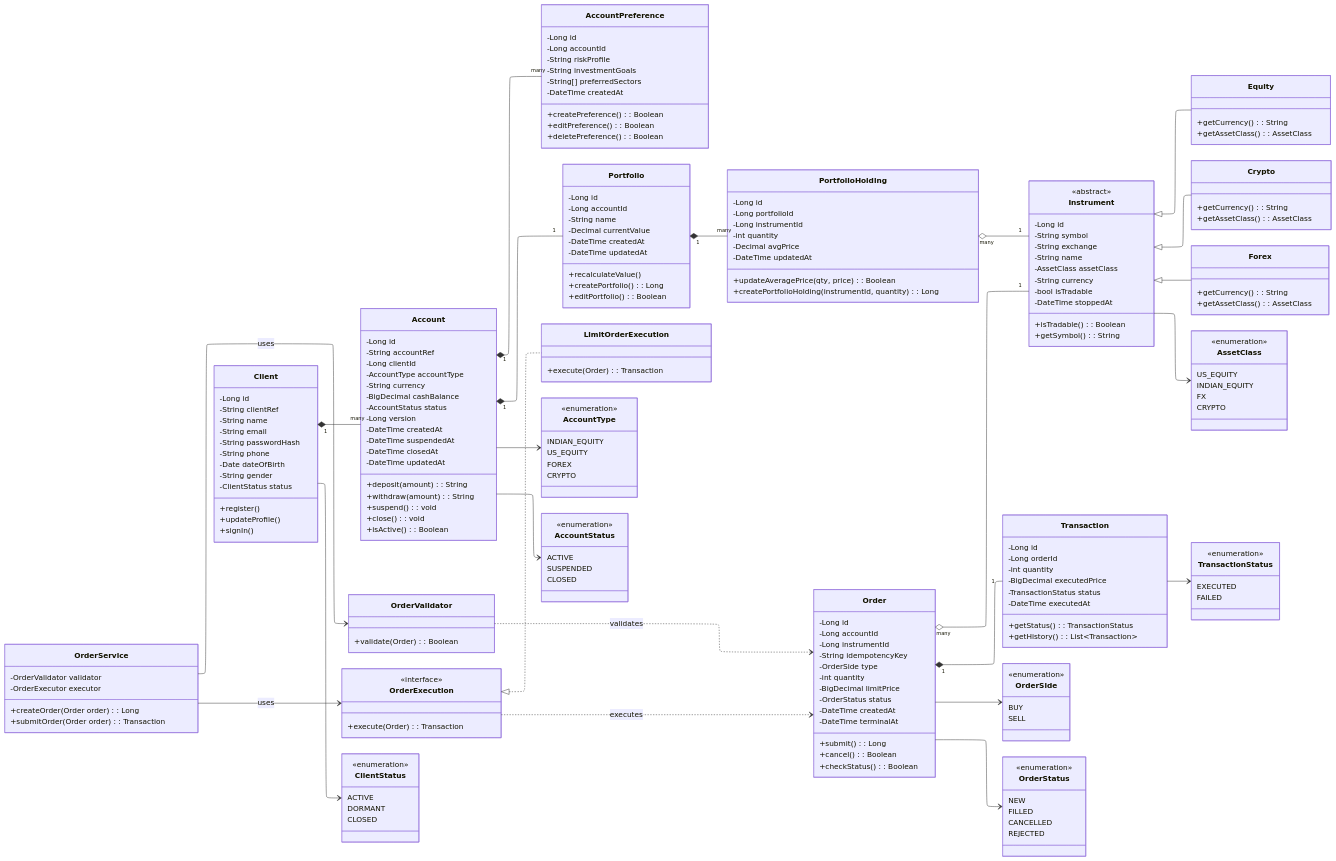
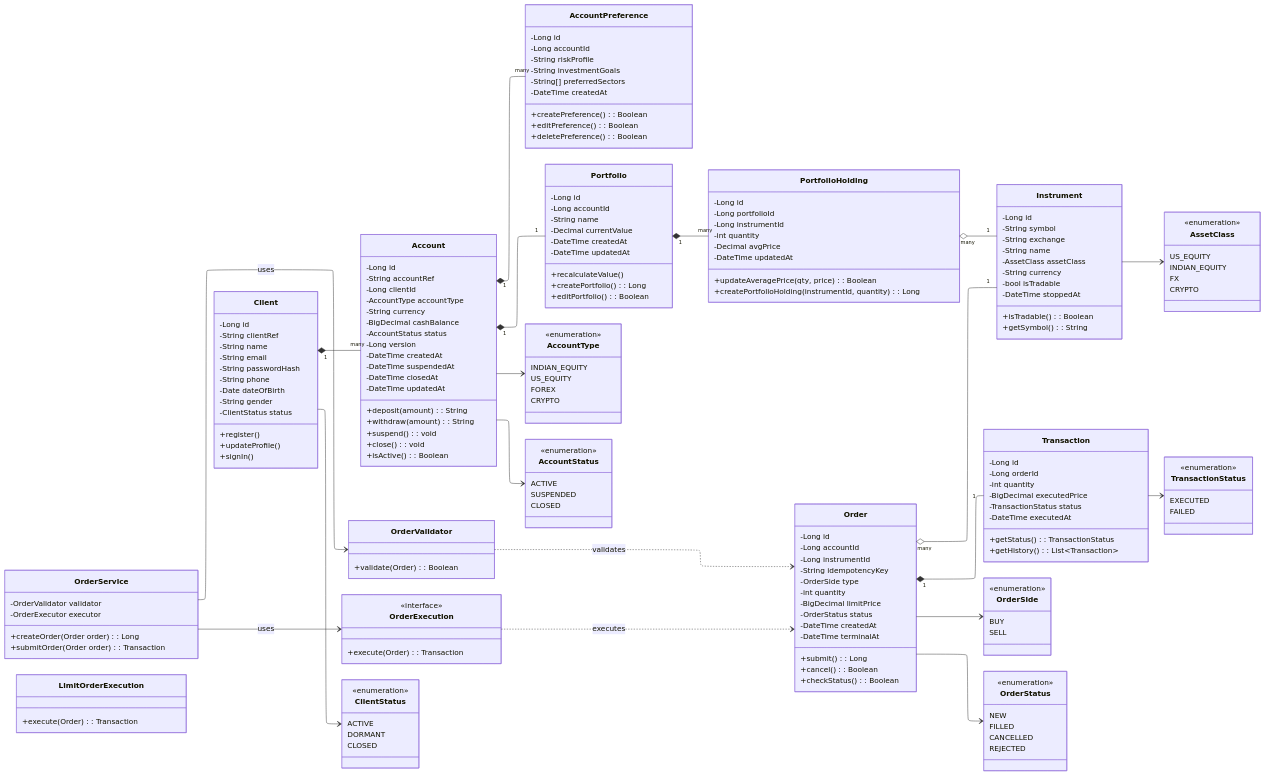
The diagram in backend/design/class_diagram.mmd (IM-RAHUL-RAJ/k8s-solution), drawn with Mermaid before and after one commit.

Commit message:
Updated class diagram to remove abstract classes

```diff
--- a/backend/design/class_diagram.mmd
+++ b/backend/design/class_diagram.mmd
@@ -78,7 +78,6 @@
     }
 
     class Instrument {
-        <<abstract>>
         -Long id
         -String symbol
         -String exchange
@@ -89,21 +88,6 @@
         -DateTime stoppedAt
         +isTradable() : Boolean
         +getSymbol() : String
-    }
-
-    class Equity {
-        +getCurrency() : String
-        +getAssetClass() : AssetClass
-    }
-
-    class Crypto {
-        +getCurrency() : String
-        +getAssetClass() : AssetClass
-    }
-
-    class Forex {
-        +getCurrency() : String
-        +getAssetClass() : AssetClass
     }
 
    class OrderService {
@@ -215,12 +199,6 @@
     %% Relationships
     %% =========================
 
-    Instrument <|-- Equity
-    Instrument <|-- Crypto
-    Instrument <|-- Forex
-
-    OrderExecution <|.. LimitOrderExecution
-
     OrderExecution ..> Order : executes
     OrderValidator ..> Order : validates
 
```
